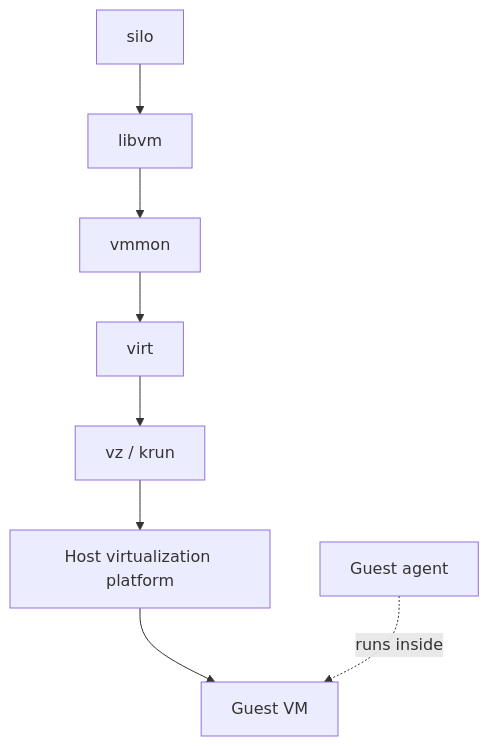
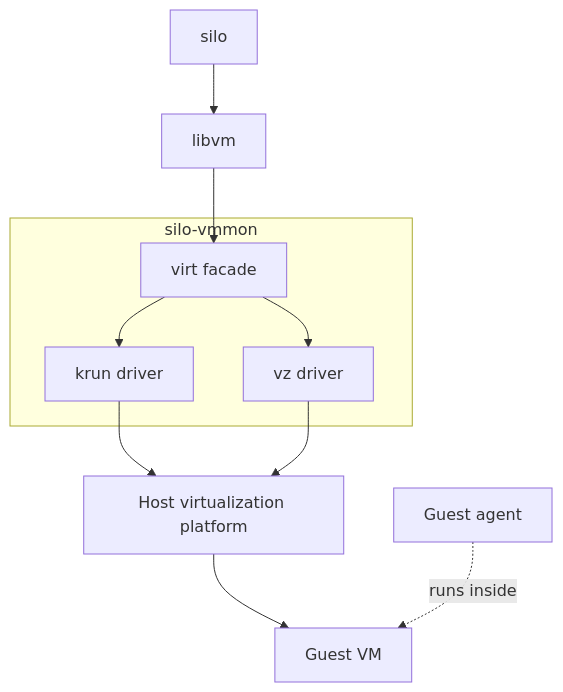
One commit to vandycknick/silo changed the sixth of 6 diagrams in docs/terminology.md. Above: the diagram before and after it, drawn with Mermaid. The commit also changed other lines of this file and 34 other files, not shown here.

First line of the commit message:
docs: single state root, silo-vmmon contract, and rename

````diff
--- a/docs/terminology.md
+++ b/docs/terminology.md
@@ -248,14 +248,21 @@
 ```mermaid
 flowchart TD
     CLI[silo]
     LibVm[libvm]
-    Vmmon[vmmon]
-    Virt[virt]
-    BackendDriver[vz / krun]
+    subgraph Monitor[silo-vmmon]
+        Virt[virt facade]
+        Krun[krun driver]
+        Vz[vz driver]
+    end
     HostPlatform[Host virtualization platform]
     Guest[Guest VM]
     Agent[Guest agent]
 
-    CLI --> LibVm --> Vmmon --> Virt --> BackendDriver --> HostPlatform --> Guest
+    CLI --> LibVm --> Virt
+    Virt --> Krun
+    Virt --> Vz
+    Krun --> HostPlatform
+    Vz --> HostPlatform
+    HostPlatform --> Guest
     Agent -. runs inside .-> Guest
 ```
````
